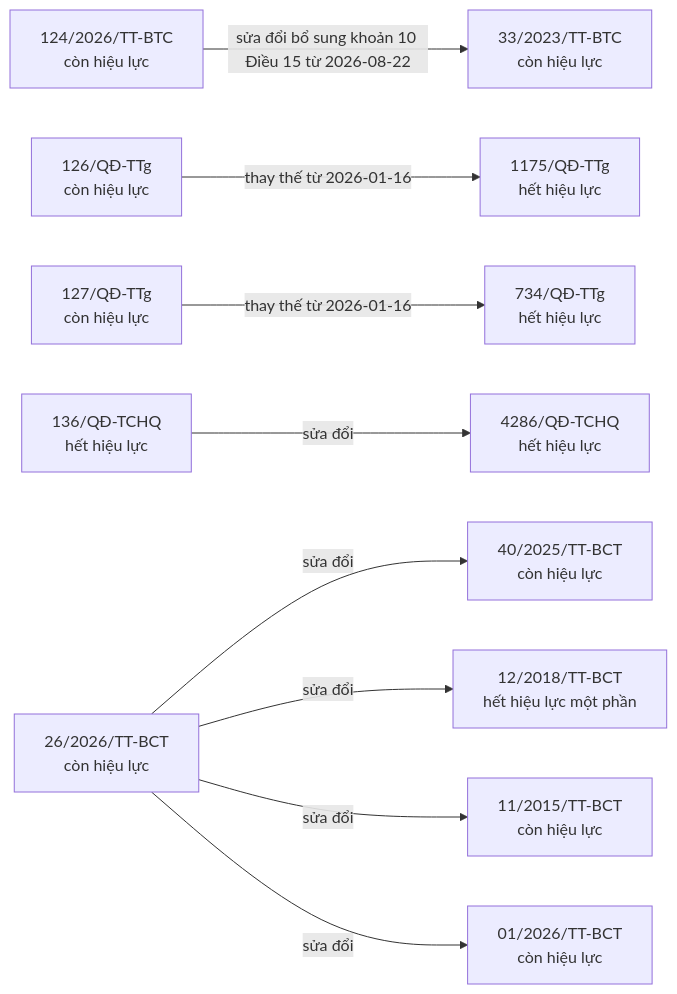
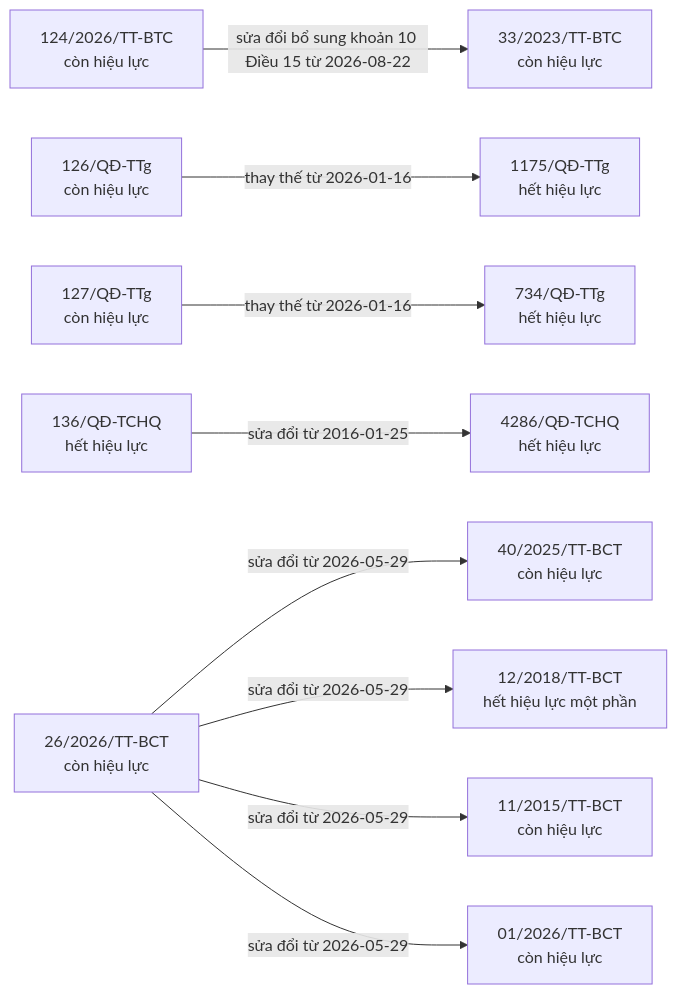
Before and after one commit to ozvietnam/oz-wiki-plhq: the ninth of 9 diagrams in bao-cao/quan-he.md, drawn with Mermaid. The commit also changed other lines of this file and 2 other files, not shown here.

````diff
--- a/bao-cao/quan-he.md
+++ b/bao-cao/quan-he.md
@@ -867,24 +867,24 @@
 ```mermaid
 flowchart LR
   n_124_2026_TT_BTC["124/2026/TT-BTC<br/>còn hiệu lực"]
   n_33_2023_TT_BTC["33/2023/TT-BTC<br/>còn hiệu lực"]
   n_126_Q__TTg["126/QĐ-TTg<br/>còn hiệu lực"]
   n_1175_Q__TTg["1175/QĐ-TTg<br/>hết hiệu lực"]
   n_127_Q__TTg["127/QĐ-TTg<br/>còn hiệu lực"]
   n_734_Q__TTg["734/QĐ-TTg<br/>hết hiệu lực"]
   n_136_Q__TCHQ["136/QĐ-TCHQ<br/>hết hiệu lực"]
   n_4286_Q__TCHQ["4286/QĐ-TCHQ<br/>hết hiệu lực"]
   n_26_2026_TT_BCT["26/2026/TT-BCT<br/>còn hiệu lực"]
   n_40_2025_TT_BCT["40/2025/TT-BCT<br/>còn hiệu lực"]
   n_12_2018_TT_BCT["12/2018/TT-BCT<br/>hết hiệu lực một phần"]
   n_11_2015_TT_BCT["11/2015/TT-BCT<br/>còn hiệu lực"]
   n_01_2026_TT_BCT["01/2026/TT-BCT<br/>còn hiệu lực"]
   n_124_2026_TT_BTC -->|sửa đổi bổ sung khoản 10 Điều 15 từ 2026-08-22| n_33_2023_TT_BTC
   n_126_Q__TTg -->|thay thế từ 2026-01-16| n_1175_Q__TTg
   n_127_Q__TTg -->|thay thế từ 2026-01-16| n_734_Q__TTg
-  n_136_Q__TCHQ -->|sửa đổi| n_4286_Q__TCHQ
-  n_26_2026_TT_BCT -->|sửa đổi| n_40_2025_TT_BCT
-  n_26_2026_TT_BCT -->|sửa đổi| n_12_2018_TT_BCT
-  n_26_2026_TT_BCT -->|sửa đổi| n_11_2015_TT_BCT
-  n_26_2026_TT_BCT -->|sửa đổi| n_01_2026_TT_BCT
+  n_136_Q__TCHQ -->|sửa đổi từ 2016-01-25| n_4286_Q__TCHQ
+  n_26_2026_TT_BCT -->|sửa đổi từ 2026-05-29| n_40_2025_TT_BCT
+  n_26_2026_TT_BCT -->|sửa đổi từ 2026-05-29| n_12_2018_TT_BCT
+  n_26_2026_TT_BCT -->|sửa đổi từ 2026-05-29| n_11_2015_TT_BCT
+  n_26_2026_TT_BCT -->|sửa đổi từ 2026-05-29| n_01_2026_TT_BCT
 ```
````
